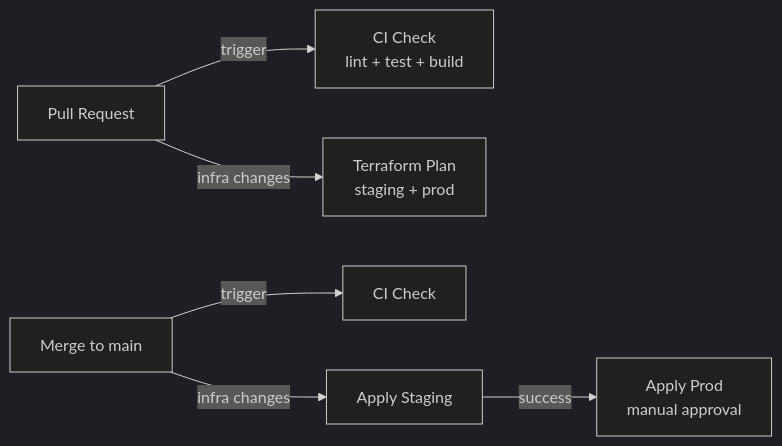
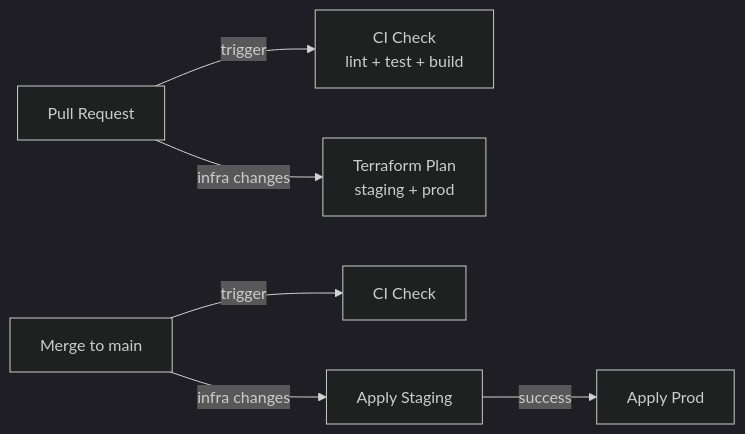
The sixth of 6 diagrams in docs/architecture.md (ammonlarson/greenspace), drawn with Mermaid (dark theme) before and after one commit. The commit also changed other lines of this file and 4 other files, not shown here.

First line of the commit message:
chore(infra): remove manual approval gate for production deployments

````diff
--- a/docs/architecture.md
+++ b/docs/architecture.md
@@ -347,9 +347,9 @@
 ```mermaid
 graph LR
     PR[Pull Request] -->|trigger| CI_CHECK[CI Check<br/>lint + test + build]
     PR -->|infra changes| TF_PLAN[Terraform Plan<br/>staging + prod]
 
     MERGE[Merge to main] -->|trigger| CI_MAIN[CI Check]
     MERGE -->|infra changes| TF_STAGING[Apply Staging]
-    TF_STAGING -->|success| TF_PROD[Apply Prod<br/>manual approval]
+    TF_STAGING -->|success| TF_PROD[Apply Prod]
 ```
````
